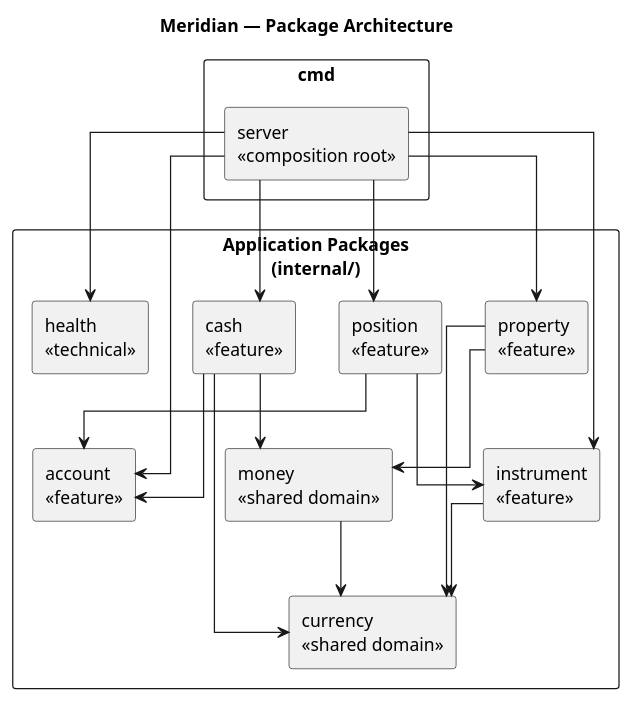
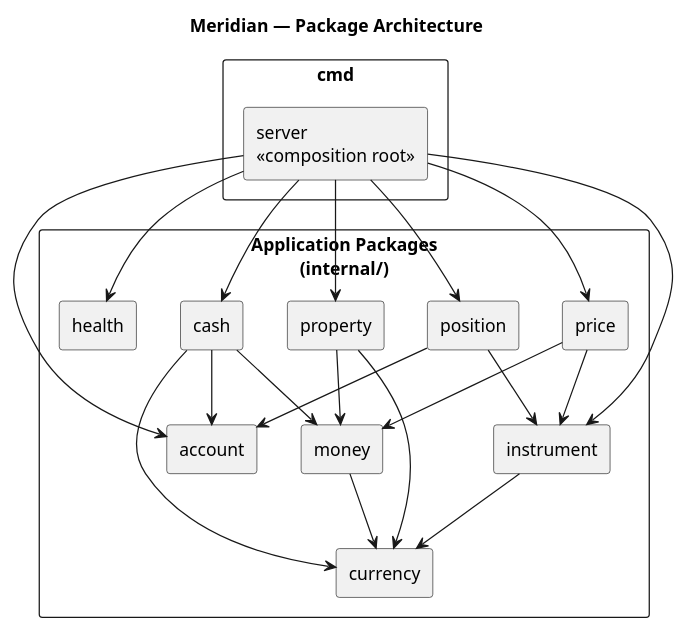
One commit to mgwinsor/meridian changed the diagram in docs/backend_architecture.puml. Above: the diagram before and after it, drawn with PlantUML. The commit also changed 15 other files, not shown here.

```diff
--- a/docs/backend_architecture.puml
+++ b/docs/backend_architecture.puml
@@ -1,47 +1,52 @@
 @startuml
 
 title Meridian — Package Architecture
 
 skinparam componentStyle rectangle
 skinparam packageStyle rectangle
-skinparam linetype ortho
+' skinparam linetype ortho
 
 package "cmd" {
     component "server\n<<composition root>>" as Server
 }
 
 package "Application Packages\n(internal/)" {
-    component "account\n<<feature>>" as Account
-    component "cash\n<<feature>>" as Cash
-    component "property\n<<feature>>" as Property
-    component "instrument\n<<feature>>" as Instrument
-    component "position\n<<feature>>" as Position
-    component "money\n<<shared domain>>" as Money
-    component "currency\n<<shared domain>>" as Currency
-    component "health\n<<technical>>" as Health
+    component "account" as Account
+    component "cash" as Cash
+    component "property" as Property
+    component "instrument" as Instrument
+    component "position" as Position
+    component "price" as Price
+    component "money" as Money
+    component "currency" as Currency
+    component "health" as Health
 }
 
 ' Composition root
 Server --> Account
 Server --> Cash
 Server --> Health
 Server --> Property
 Server --> Instrument
 Server --> Position
+Server --> Price
 
 ' Internal package dependencies
 Cash --> Account
 Cash --> Money
 Cash --> Currency
 
 Property --> Money
 Property --> Currency
 
 Money --> Currency
 
 Instrument --> Currency
 
 Position --> Account
 Position --> Instrument
 
+Price --> Instrument
+Price --> Money
+
 @enduml
```
